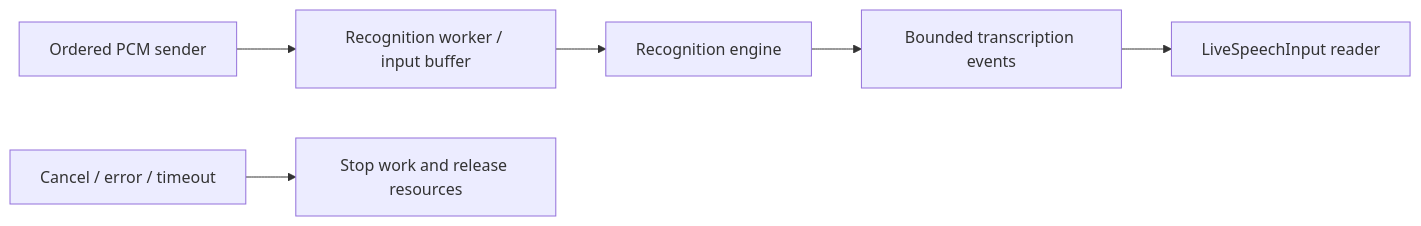
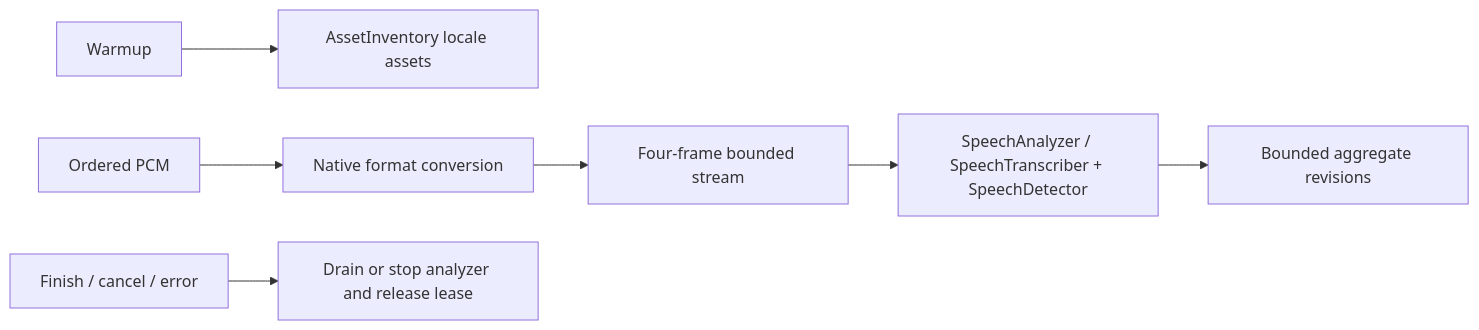
One commit to devilyouwei/MobileHarness changed the diagram in MobileHarness/ModelKit/Speech/ASR/Apple/README.md. Above: the diagram before and after it, drawn with Mermaid. The commit also changed other lines of this file and 57 other files, not shown here.

````diff
--- a/MobileHarness/ModelKit/Speech/ASR/Apple/README.md
+++ b/MobileHarness/ModelKit/Speech/ASR/Apple/README.md
@@ -9,8 +11,9 @@
 ```mermaid
 flowchart LR
-    Input[Ordered PCM sender] --> Adapter[Recognition worker / input buffer]
-    Adapter --> Engine[Recognition engine]
-    Engine --> Events[Bounded transcription events]
-    Events --> Reader[LiveSpeechInput reader]
-    Cancel[Cancel / error / timeout] --> Cleanup[Stop work and release resources]
+    Warmup --> Assets[AssetInventory locale assets]
+    PCM[Ordered PCM] --> Convert[Native format conversion]
+    Convert --> Input[Four-frame bounded stream]
+    Input --> Analyzer[SpeechAnalyzer / SpeechTranscriber + SpeechDetector]
+    Analyzer --> Revisions[Bounded aggregate revisions]
+    Finish[Finish / cancel / error] --> Cleanup[Drain or stop analyzer and release lease]
 ```
````
